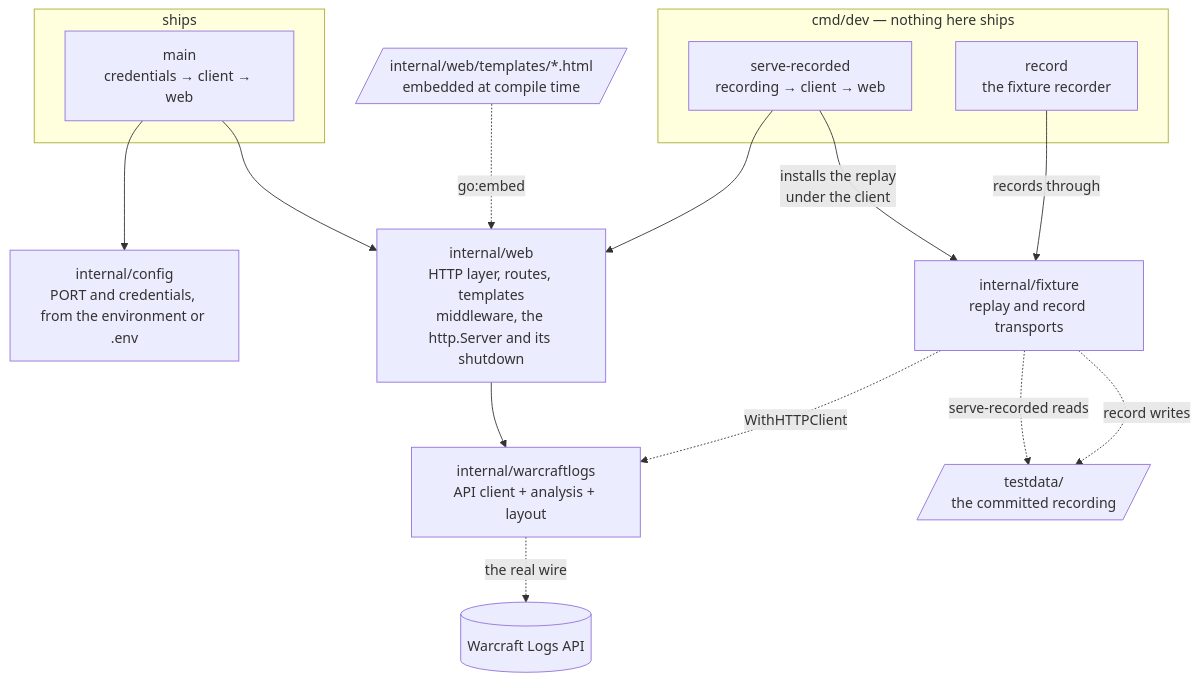
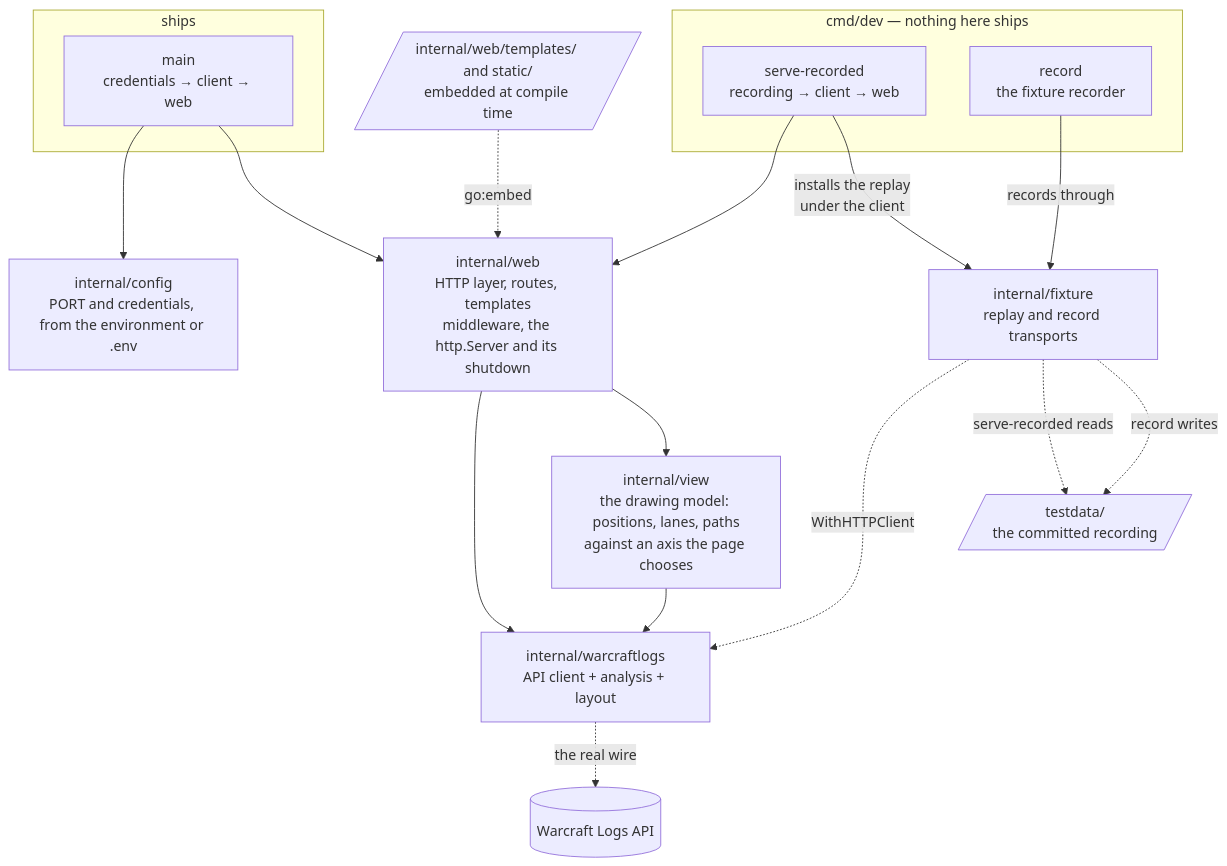
The second of 3 diagrams in ARCHITECTURE.md (Gabriel2048/wow-insights), drawn with Mermaid before and after one commit. The commit also changed other lines of this file and 33 other files, not shown here.

First line of the commit message:
Separate the analysis model from the drawing model (#47)

````diff
--- a/ARCHITECTURE.md
+++ b/ARCHITECTURE.md
@@ -55,38 +56,41 @@
 ```mermaid
 flowchart TB
     %% verified: package graph
     subgraph ships["ships"]
         main["main<br/>credentials → client → web"]
     end
     subgraph dev["cmd/dev — nothing here ships"]
         serve_recorded["serve-recorded<br/>recording → client → web"]
         record["record<br/>the fixture recorder"]
     end
-    templates[/"internal/web/templates/*.html<br/>embedded at compile time"/]
+    templates[/"internal/web/templates/ and static/<br/>embedded at compile time"/]
     web["internal/web<br/>HTTP layer, routes, templates<br/>middleware, the http.Server and its shutdown"]
+    view["internal/view<br/>the drawing model: positions, lanes, paths<br/>against an axis the page chooses"]
     config["internal/config<br/>PORT and credentials, from the environment or .env"]
     fixture["internal/fixture<br/>replay and record transports"]
     warcraftlogs["internal/warcraftlogs<br/>API client + analysis + layout"]
     api[("Warcraft Logs API")]
     testdata[/"testdata/<br/>the committed recording"/]
 
     main --> config
     main --> web
     serve_recorded --> web
     serve_recorded -->|"installs the replay<br/>under the client"| fixture
     record -->|"records through"| fixture
     templates -.->|"go:embed"| web
     web --> warcraftlogs
+    web --> view
+    view --> warcraftlogs
     %% Every binary also builds the client (warcraftlogs.New) and reads its
     %% configuration. Real, verified, and not drawn: the labels say it and
     %% the lines would only cross what matters.
     %% main --> warcraftlogs
     %% serve_recorded --> warcraftlogs
     %% record --> warcraftlogs
     %% serve_recorded --> config
     %% record --> config
     fixture -.->|"WithHTTPClient"| warcraftlogs
     fixture -.->|"serve-recorded reads"| testdata
     fixture -.->|"record writes"| testdata
     warcraftlogs -.->|"the real wire"| api
 ```
````
